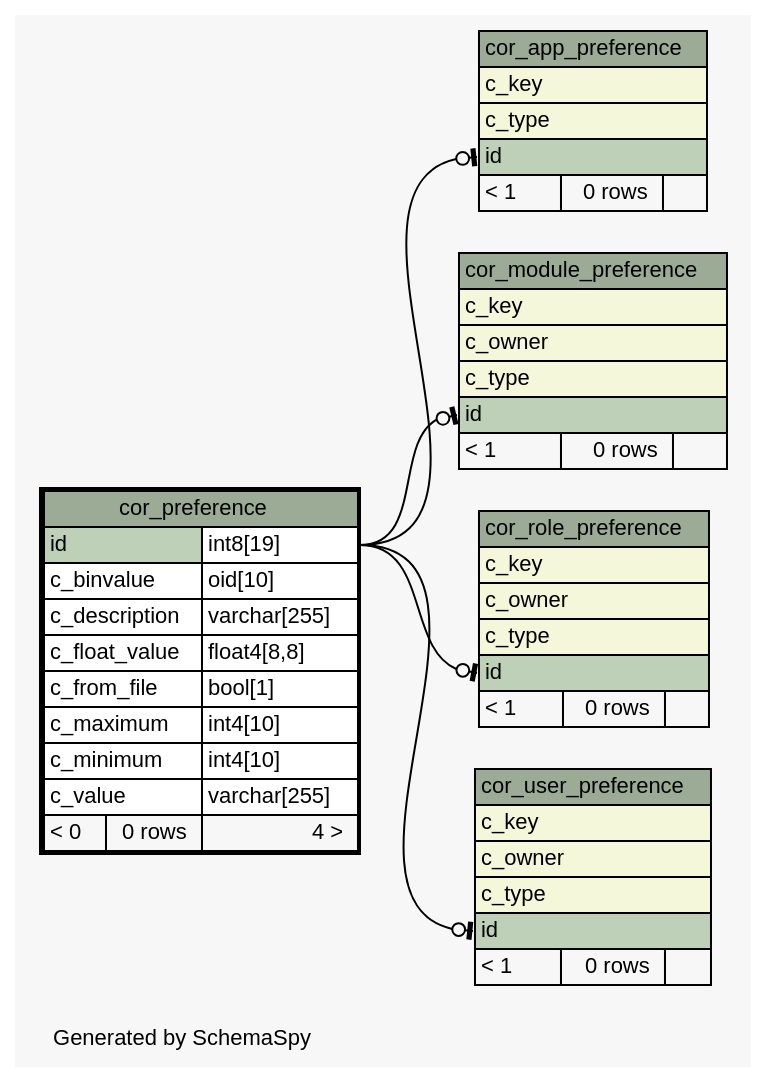
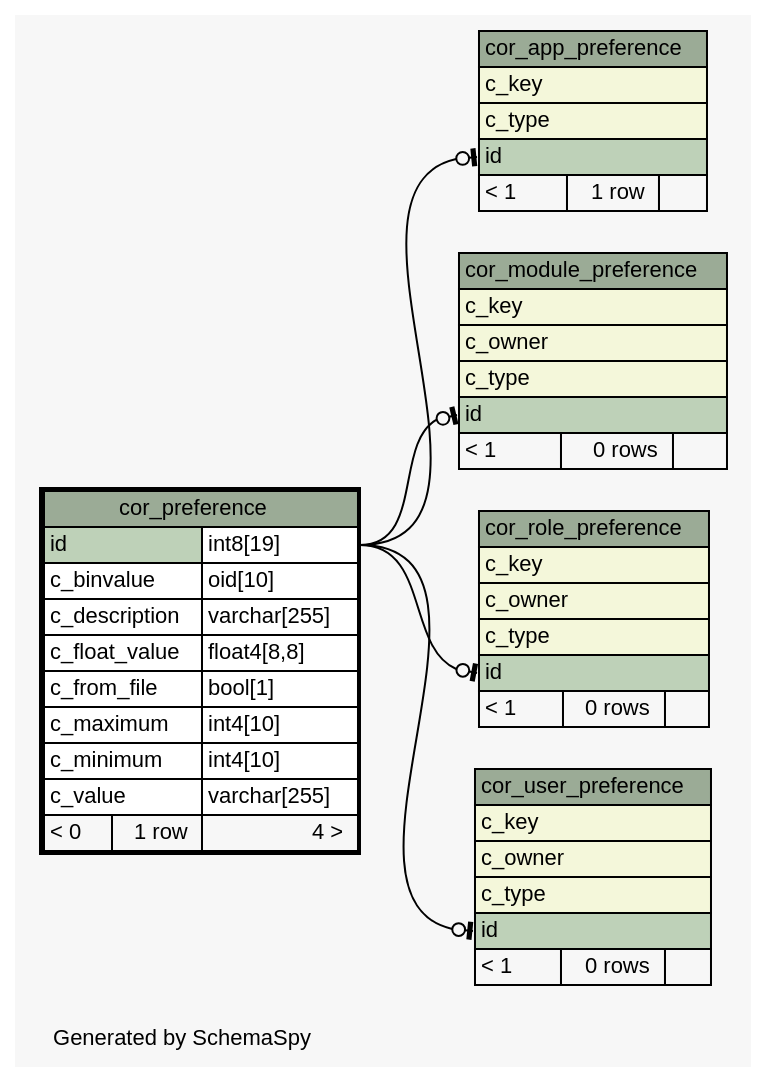
One commit to openwms/org.openwms.core.preferences.lib changed the diagram in schemaspy/diagrams/cor_preference.1degree.dot. Above: the diagram before and after it, drawn with Graphviz. The commit also changed 228 other files, not shown here.

```diff
--- a/schemaspy/diagrams/cor_preference.1degree.dot
+++ b/schemaspy/diagrams/cor_preference.1degree.dot
@@ -1,94 +1,94 @@
-// dot 2.40.1 on Mac OS X 10.14.6
+// dot 2.36.0 on Linux 4.4.0-101-generic
 // SchemaSpy rev Unknown
 digraph "oneDegreeRelationshipsDiagram" {
   graph [
     rankdir="RL"
     bgcolor="#f7f7f7"
     label="\nGenerated by SchemaSpy"
     labeljust="l"
     nodesep="0.18"
     ranksep="0.46"
     fontname="Helvetica"
     fontsize="11"
   ];
   node [
     fontname="Helvetica"
     fontsize="11"
     shape="plaintext"
   ];
   edge [
     arrowsize="0.8"
   ];
   "cor_app_preference":"id":w -> "cor_preference":"id.type":e [arrowhead=none dir=back arrowtail=teeodot];
   "cor_module_preference":"id":w -> "cor_preference":"id.type":e [arrowhead=none dir=back arrowtail=teeodot];
   "cor_role_preference":"id":w -> "cor_preference":"id.type":e [arrowhead=none dir=back arrowtail=teeodot];
   "cor_user_preference":"id":w -> "cor_preference":"id.type":e [arrowhead=none dir=back arrowtail=teeodot];
   "cor_app_preference" [
     label=<
     <TABLE BORDER="0" CELLBORDER="1" CELLSPACING="0" BGCOLOR="#ffffff">
       <TR><TD COLSPAN="3" BGCOLOR="#9bab96" ALIGN="CENTER">cor_app_preference</TD></TR>
       <TR><TD PORT="c_key" COLSPAN="3" BGCOLOR="#f4f7da" ALIGN="LEFT">c_key</TD></TR>
       <TR><TD PORT="c_type" COLSPAN="3" BGCOLOR="#f4f7da" ALIGN="LEFT">c_type</TD></TR>
       <TR><TD PORT="id" COLSPAN="3" BGCOLOR="#bed1b8" ALIGN="LEFT">id</TD></TR>
-      <TR><TD ALIGN="LEFT" BGCOLOR="#f7f7f7">&lt; 1</TD><TD ALIGN="RIGHT" BGCOLOR="#f7f7f7">0 rows</TD><TD ALIGN="RIGHT" BGCOLOR="#f7f7f7">  </TD></TR>
+      <TR><TD ALIGN="LEFT" BGCOLOR="#f7f7f7">&lt; 1</TD><TD ALIGN="RIGHT" BGCOLOR="#f7f7f7">1 row</TD><TD ALIGN="RIGHT" BGCOLOR="#f7f7f7">  </TD></TR>
     </TABLE>>
     URL="cor_app_preference.html"
     tooltip="cor_app_preference"
   ];
   "cor_module_preference" [
     label=<
     <TABLE BORDER="0" CELLBORDER="1" CELLSPACING="0" BGCOLOR="#ffffff">
       <TR><TD COLSPAN="3" BGCOLOR="#9bab96" ALIGN="CENTER">cor_module_preference</TD></TR>
       <TR><TD PORT="c_key" COLSPAN="3" BGCOLOR="#f4f7da" ALIGN="LEFT">c_key</TD></TR>
       <TR><TD PORT="c_owner" COLSPAN="3" BGCOLOR="#f4f7da" ALIGN="LEFT">c_owner</TD></TR>
       <TR><TD PORT="c_type" COLSPAN="3" BGCOLOR="#f4f7da" ALIGN="LEFT">c_type</TD></TR>
       <TR><TD PORT="id" COLSPAN="3" BGCOLOR="#bed1b8" ALIGN="LEFT">id</TD></TR>
       <TR><TD ALIGN="LEFT" BGCOLOR="#f7f7f7">&lt; 1</TD><TD ALIGN="RIGHT" BGCOLOR="#f7f7f7">0 rows</TD><TD ALIGN="RIGHT" BGCOLOR="#f7f7f7">  </TD></TR>
     </TABLE>>
     URL="cor_module_preference.html"
     tooltip="cor_module_preference"
   ];
   "cor_preference" [
     label=<
     <TABLE BORDER="2" CELLBORDER="1" CELLSPACING="0" BGCOLOR="#ffffff">
       <TR><TD COLSPAN="3" BGCOLOR="#9bab96" ALIGN="CENTER">cor_preference</TD></TR>
       <TR><TD PORT="id" COLSPAN="2" BGCOLOR="#bed1b8" ALIGN="LEFT">id</TD><TD PORT="id.type" ALIGN="LEFT">int8[19]</TD></TR>
       <TR><TD PORT="c_binvalue" COLSPAN="2" ALIGN="LEFT">c_binvalue</TD><TD PORT="c_binvalue.type" ALIGN="LEFT">oid[10]</TD></TR>
       <TR><TD PORT="c_description" COLSPAN="2" ALIGN="LEFT">c_description</TD><TD PORT="c_description.type" ALIGN="LEFT">varchar[255]</TD></TR>
       <TR><TD PORT="c_float_value" COLSPAN="2" ALIGN="LEFT">c_float_value</TD><TD PORT="c_float_value.type" ALIGN="LEFT">float4[8,8]</TD></TR>
       <TR><TD PORT="c_from_file" COLSPAN="2" ALIGN="LEFT">c_from_file</TD><TD PORT="c_from_file.type" ALIGN="LEFT">bool[1]</TD></TR>
       <TR><TD PORT="c_maximum" COLSPAN="2" ALIGN="LEFT">c_maximum</TD><TD PORT="c_maximum.type" ALIGN="LEFT">int4[10]</TD></TR>
       <TR><TD PORT="c_minimum" COLSPAN="2" ALIGN="LEFT">c_minimum</TD><TD PORT="c_minimum.type" ALIGN="LEFT">int4[10]</TD></TR>
       <TR><TD PORT="c_value" COLSPAN="2" ALIGN="LEFT">c_value</TD><TD PORT="c_value.type" ALIGN="LEFT">varchar[255]</TD></TR>
-      <TR><TD ALIGN="LEFT" BGCOLOR="#f7f7f7">&lt; 0</TD><TD ALIGN="RIGHT" BGCOLOR="#f7f7f7">0 rows</TD><TD ALIGN="RIGHT" BGCOLOR="#f7f7f7">4 &gt;</TD></TR>
+      <TR><TD ALIGN="LEFT" BGCOLOR="#f7f7f7">&lt; 0</TD><TD ALIGN="RIGHT" BGCOLOR="#f7f7f7">1 row</TD><TD ALIGN="RIGHT" BGCOLOR="#f7f7f7">4 &gt;</TD></TR>
     </TABLE>>
     URL="cor_preference.html"
     tooltip="cor_preference"
   ];
   "cor_role_preference" [
     label=<
     <TABLE BORDER="0" CELLBORDER="1" CELLSPACING="0" BGCOLOR="#ffffff">
       <TR><TD COLSPAN="3" BGCOLOR="#9bab96" ALIGN="CENTER">cor_role_preference</TD></TR>
       <TR><TD PORT="c_key" COLSPAN="3" BGCOLOR="#f4f7da" ALIGN="LEFT">c_key</TD></TR>
       <TR><TD PORT="c_owner" COLSPAN="3" BGCOLOR="#f4f7da" ALIGN="LEFT">c_owner</TD></TR>
       <TR><TD PORT="c_type" COLSPAN="3" BGCOLOR="#f4f7da" ALIGN="LEFT">c_type</TD></TR>
       <TR><TD PORT="id" COLSPAN="3" BGCOLOR="#bed1b8" ALIGN="LEFT">id</TD></TR>
       <TR><TD ALIGN="LEFT" BGCOLOR="#f7f7f7">&lt; 1</TD><TD ALIGN="RIGHT" BGCOLOR="#f7f7f7">0 rows</TD><TD ALIGN="RIGHT" BGCOLOR="#f7f7f7">  </TD></TR>
     </TABLE>>
     URL="cor_role_preference.html"
     tooltip="cor_role_preference"
   ];
   "cor_user_preference" [
     label=<
     <TABLE BORDER="0" CELLBORDER="1" CELLSPACING="0" BGCOLOR="#ffffff">
       <TR><TD COLSPAN="3" BGCOLOR="#9bab96" ALIGN="CENTER">cor_user_preference</TD></TR>
       <TR><TD PORT="c_key" COLSPAN="3" BGCOLOR="#f4f7da" ALIGN="LEFT">c_key</TD></TR>
       <TR><TD PORT="c_owner" COLSPAN="3" BGCOLOR="#f4f7da" ALIGN="LEFT">c_owner</TD></TR>
       <TR><TD PORT="c_type" COLSPAN="3" BGCOLOR="#f4f7da" ALIGN="LEFT">c_type</TD></TR>
       <TR><TD PORT="id" COLSPAN="3" BGCOLOR="#bed1b8" ALIGN="LEFT">id</TD></TR>
       <TR><TD ALIGN="LEFT" BGCOLOR="#f7f7f7">&lt; 1</TD><TD ALIGN="RIGHT" BGCOLOR="#f7f7f7">0 rows</TD><TD ALIGN="RIGHT" BGCOLOR="#f7f7f7">  </TD></TR>
     </TABLE>>
     URL="cor_user_preference.html"
     tooltip="cor_user_preference"
   ];
 }
```
